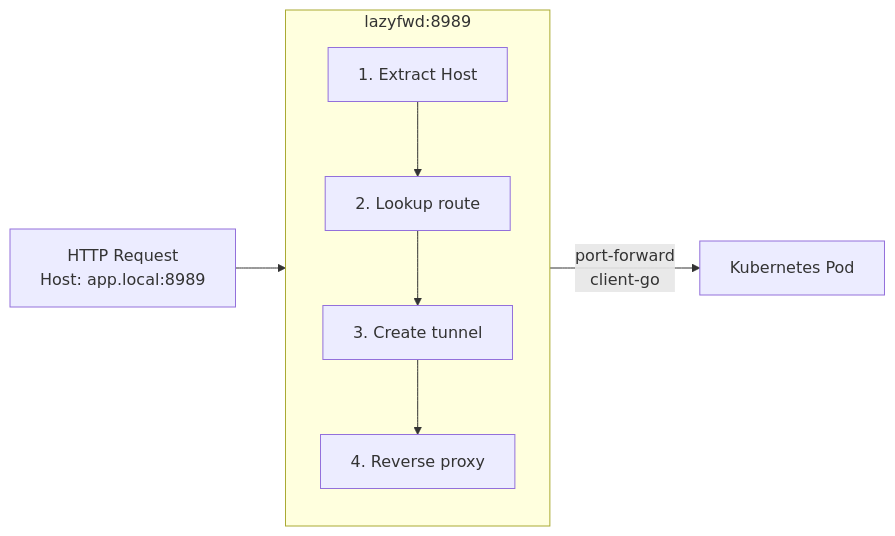
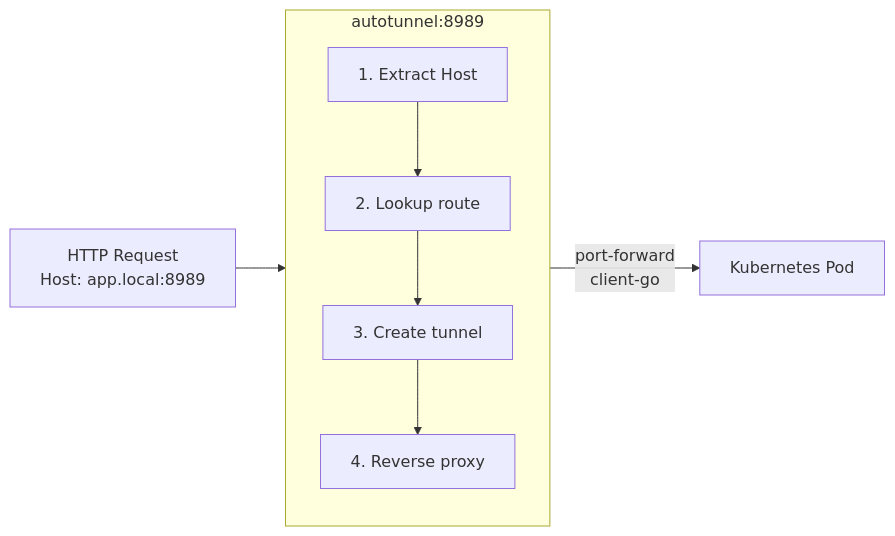
The diagram in README.md (atas/autotunnel), drawn with Mermaid before and after one commit. The commit also changed other lines of this file and 27 other files, not shown here.

````diff
--- a/README.md
+++ b/README.md
@@ -142,13 +142,13 @@
 ```mermaid
 flowchart LR
-    Client[HTTP Request<br/>Host: app.local:8989] --> lazyfwd
+    Client[HTTP Request<br/>Host: app.local:8989] --> autotunnel
 
-    subgraph lazyfwd[lazyfwd:8989]
+    subgraph autotunnel[autotunnel:8989]
         direction TB
         A[1. Extract Host] --> B[2. Lookup route]
         B --> C[3. Create tunnel]
         C --> D[4. Reverse proxy]
     end
 
-    lazyfwd -->|port-forward<br/>client-go| Pod[Kubernetes Pod]
+    autotunnel -->|port-forward<br/>client-go| Pod[Kubernetes Pod]
 ```
````
